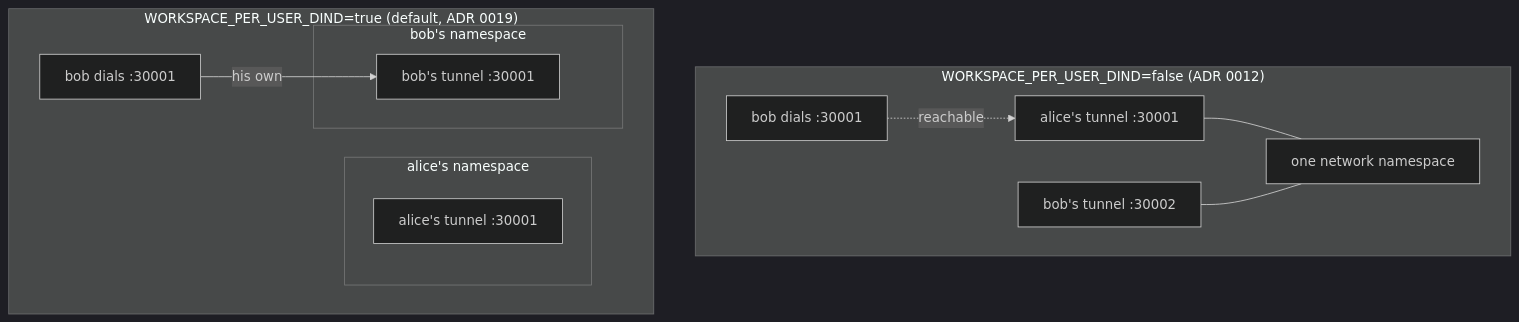
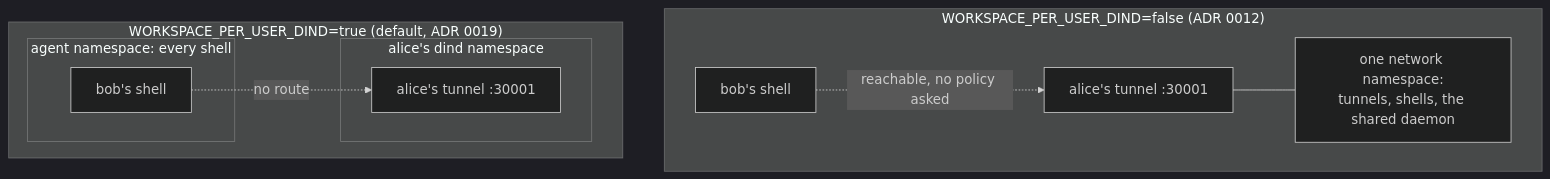
One commit to lhns/remote-docker changed the seventh of 10 diagrams in docs/threat-model.md. Above: the diagram before and after it, drawn with Mermaid (dark theme). The commit also changed other lines of this file and 8 other files, not shown here.

````diff
--- a/docs/threat-model.md
+++ b/docs/threat-model.md
@@ -309,21 +481,20 @@
 ```mermaid
 flowchart TB
     subgraph shared["WORKSPACE_PER_USER_DIND=false (ADR 0012)"]
         direction LR
-        ns1["one network namespace"]
+        ns1["one network namespace:<br/>tunnels, shells, the shared daemon"]
         a1["alice's tunnel :30001"] --- ns1
-        b1["bob's tunnel :30002"] --- ns1
-        b1x["bob dials :30001"] -.->|"reachable"| a1
+        b1["bob's shell"] -.->|"reachable, no policy asked"| a1
     end
 
     subgraph peruser["WORKSPACE_PER_USER_DIND=true (default, ADR 0019)"]
         direction LR
-        subgraph nsa["alice's namespace"]
+        subgraph agentns["agent namespace: every shell"]
+            b2x["bob's shell"]
+        end
+        subgraph nsa["alice's dind namespace"]
             a2["alice's tunnel :30001"]
         end
-        subgraph nsb["bob's namespace"]
-            b2["bob's tunnel :30001"]
-        end
-        b2x["bob dials :30001"] -->|"his own"| b2
+        b2x -.->|"no route"| a2
     end
 ```
````
